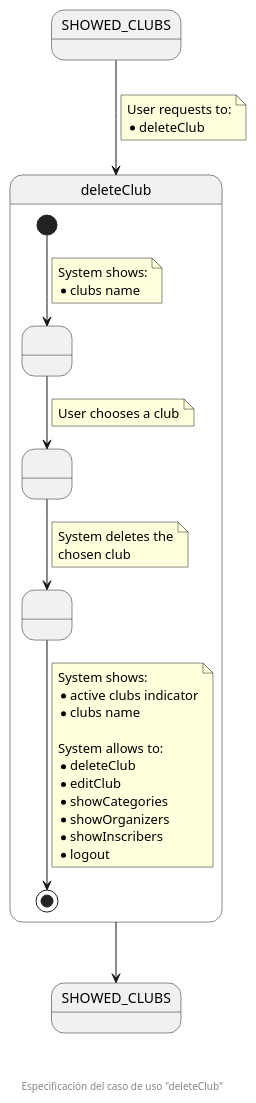
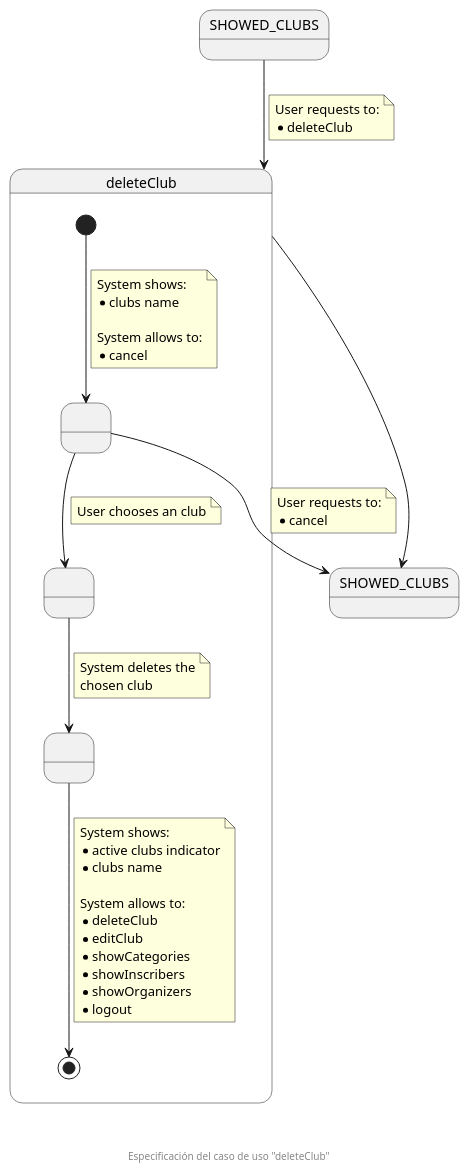
Before and after one commit to zuldare/mastercloud_pfm_halterocms: the diagram in documentation/diagrams/1_requirements/3_useCasesSpecification/organizationSecretary/05_deleteClub.puml, drawn with PlantUML.

Commit message:
Add ability to cancel

```diff
--- a/documentation/diagrams/1_requirements/3_useCasesSpecification/organizationSecretary/05_deleteClub.puml
+++ b/documentation/diagrams/1_requirements/3_useCasesSpecification/organizationSecretary/05_deleteClub.puml
@@ -1,53 +1,60 @@
 @startuml
 state SHOWED_CLUBS
-
+state "SHOWED_CLUBS" as SHOWED_CLUBS_F
 state deleteClub {
   state " " as SHOWED_CLUBS_TO_BE_DELETED
   state " " as CHOSEN_CLUB
   state " " as CLUB_DELETED
 
   [*] --> SHOWED_CLUBS_TO_BE_DELETED
   note on link
     System shows:
     * clubs name
+
+    System allows to:
+    * cancel
   end note
   
   SHOWED_CLUBS_TO_BE_DELETED --> CHOSEN_CLUB
   note on link
-    User chooses a club
+    User chooses an club
+  end note
+
+  SHOWED_CLUBS_TO_BE_DELETED --> SHOWED_CLUBS_F
+  note on link
+    User requests to:
+    * cancel
   end note
 
   CHOSEN_CLUB --> CLUB_DELETED
   note on link
     System deletes the
     chosen club
   end note
 
   CLUB_DELETED --> [*]
   note on link
     System shows:
     * active clubs indicator
     * clubs name
 
     System allows to:
     * deleteClub
     * editClub
     * showCategories
+    * showInscribers
     * showOrganizers
-    * showInscribers
     * logout
   end note
 }
-
-state "SHOWED_CLUBS" as SHOWED_CLUBS_F
 
 SHOWED_CLUBS --> deleteClub
 note on link
   User requests to:
   * deleteClub
 end note
 
 deleteClub --> SHOWED_CLUBS_F
 
 footer \n\n\n Especificación del caso de uso "deleteClub"
 @enduml
```
